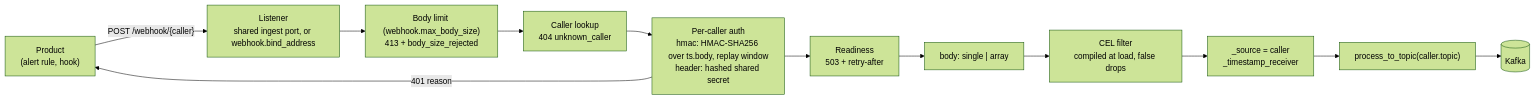
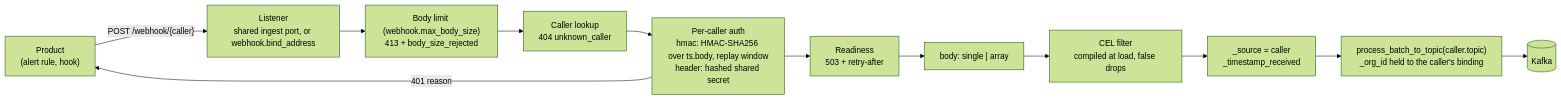
Before and after one commit to hyperi-io/dfe-receiver: the first of 4 diagrams in docs/DESIGN.md, drawn with Mermaid (forest theme). The commit also changed other lines of this file and 60 other files, not shown here.

````diff
--- a/docs/DESIGN.md
+++ b/docs/DESIGN.md
@@ -400,14 +405,14 @@
 ```mermaid
 flowchart LR
     P["Product<br/>(alert rule, hook)"] -->|"POST /webhook/{caller}"| L["Listener<br/>shared ingest port, or webhook.bind_address"]
     L --> LIM["Body limit (webhook.max_body_size)<br/>413 + body_size_rejected"]
     LIM --> CALLER["Caller lookup<br/>404 unknown_caller"]
     CALLER --> AUTH["Per-caller auth<br/>hmac: HMAC-SHA256 over ts.body, replay window<br/>header: hashed shared secret"]
     AUTH -->|401 reason| P
     AUTH --> READY["Readiness<br/>503 + retry-after"]
     READY --> SPLIT["body: single | array"]
     SPLIT --> FILTER["CEL filter<br/>compiled at load, false drops"]
-    FILTER --> STAMP["_source = caller<br/>_timestamp_receiver"]
-    STAMP --> TOPIC["process_to_topic(caller.topic)"]
+    FILTER --> STAMP["_source = caller<br/>_timestamp_received"]
+    STAMP --> TOPIC["process_batch_to_topic(caller.topic)<br/>_org_id held to the caller's binding"]
     TOPIC --> KAFKA[("Kafka")]
 ```
````
